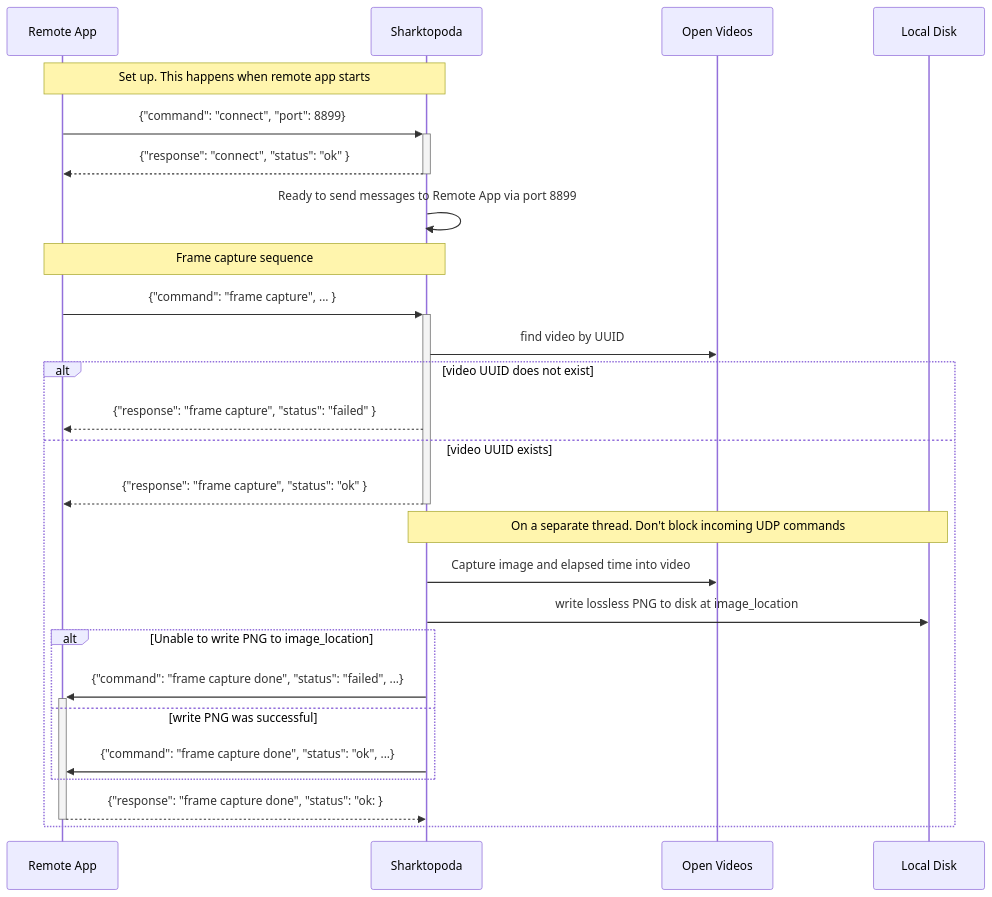
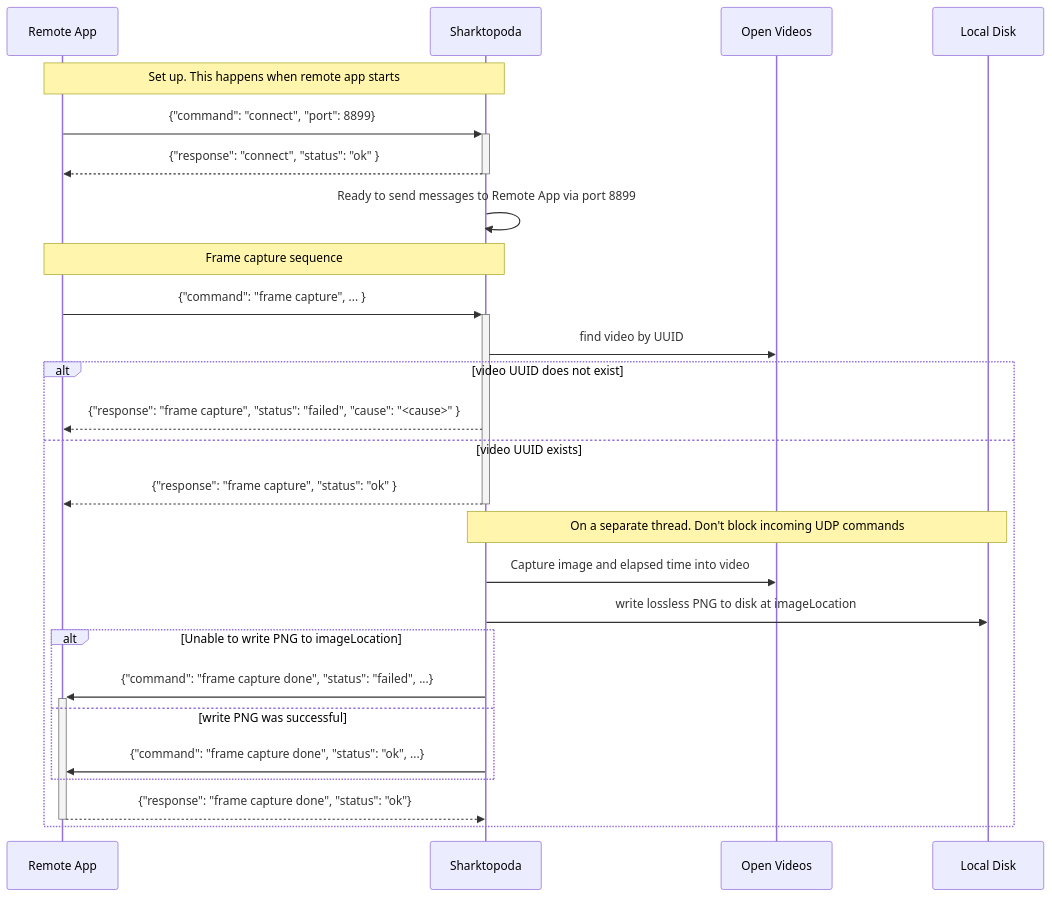
The fifth of 5 diagrams in Requirements/UDP_Remote_Protocol.md (mbari-org/Sharktopoda), drawn with Mermaid before and after one commit. The commit also changed other lines of this file and 6 other files, not shown here.

````diff
--- a/Requirements/UDP_Remote_Protocol.md
+++ b/Requirements/UDP_Remote_Protocol.md
@@ -647,31 +668,31 @@
 ```mermaid
 sequenceDiagram 
     participant R as Remote App
     participant S as Sharktopoda
     participant V as Open Videos
     participant disk as Local Disk
 
     Note over R,S: Set up. This happens when remote app starts
     R->>+S: {"command": "connect", "port": 8899}
     S-->>-R: {"response": "connect", "status": "ok" }
 
     S->>S: Ready to send messages to Remote App via port 8899
 
     Note over R,S: Frame capture sequence
     R->>+S: {"command": "frame capture", ... }
     S->>V: find video by UUID
     alt video UUID does not exist
-      S-->>R: {"response": "frame capture", "status": "failed" }
+      S-->>R: {"response": "frame capture", "status": "failed", "cause": "<cause>" }
     else video UUID exists
       S-->>-R: {"response": "frame capture", "status": "ok" }
       Note over S,disk: On a separate thread. Don't block incoming UDP commands
       S->>V: Capture image and elapsed time into video
-      S->>disk: write lossless PNG to disk at image_location
-      alt Unable to write PNG to image_location
+      S->>disk: write lossless PNG to disk at imageLocation
+      alt Unable to write PNG to imageLocation
         S->>+R: {"command": "frame capture done", "status": "failed", ...}
       else write PNG was successful
         S->>R: {"command": "frame capture done", "status": "ok", ...}
       end
-      R-->>-S: {"response": "frame capture done", "status": "ok: }
+      R-->>-S: {"response": "frame capture done", "status": "ok"}
     end
 ```
````
